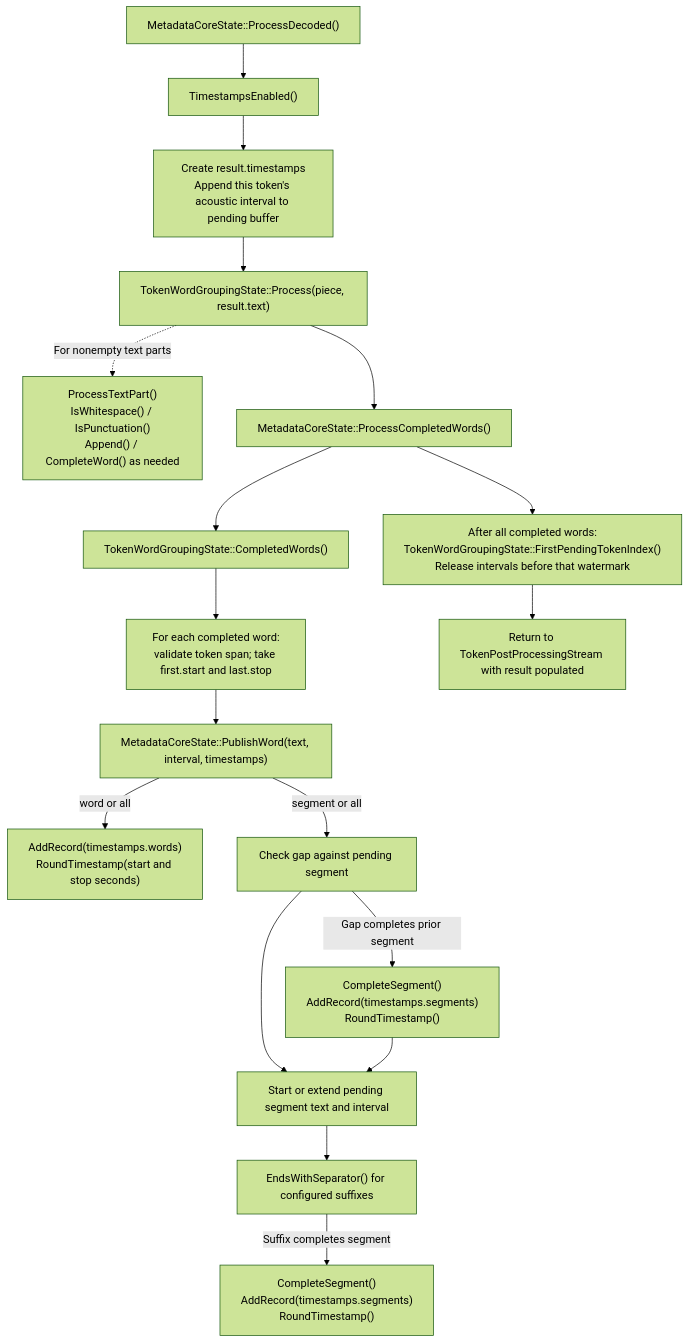
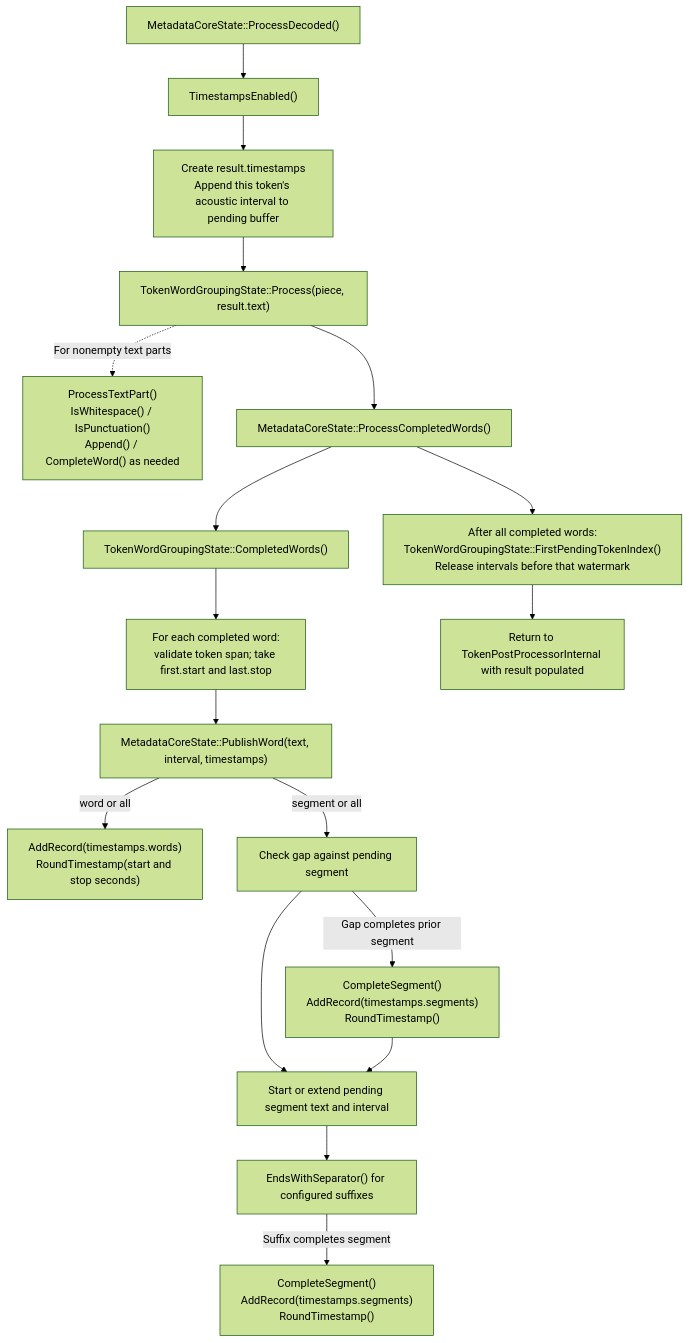
One commit to microsoft/onnxruntime-genai changed the first of 2 diagrams in docs/metadata_decode.md. Above: the diagram before and after it, drawn with Mermaid (forest theme). The commit also changed other lines of this file and 8 other files, not shown here.

Commit message:
Clarify internal token postprocessor and interval accessor names

````diff
--- a/docs/metadata_decode.md
+++ b/docs/metadata_decode.md
@@ -139,20 +139,20 @@
 ```mermaid
 flowchart TD
   decoded["MetadataCoreState::ProcessDecoded()"] --> enabled["TimestampsEnabled()"]
   enabled --> retain["Create result.timestamps<br/>Append this token's acoustic interval to pending buffer"]
   retain --> group["TokenWordGroupingState::Process(piece, result.text)"]
   group -.->|For nonempty text parts| parts["ProcessTextPart()<br/>IsWhitespace() / IsPunctuation()<br/>Append() / CompleteWord() as needed"]
   group --> completed["MetadataCoreState::ProcessCompletedWords()"]
   completed --> words["TokenWordGroupingState::CompletedWords()"]
   words --> align["For each completed word:<br/>validate token span; take first.start and last.stop"]
   align --> publish["MetadataCoreState::PublishWord(text, interval, timestamps)"]
   publish -->|word or all| word["AddRecord(timestamps.words)<br/>RoundTimestamp(start and stop seconds)"]
   publish -->|segment or all| gap["Check gap against pending segment"]
   gap -->|Gap completes prior segment| prior["CompleteSegment()<br/>AddRecord(timestamps.segments)<br/>RoundTimestamp()"]
   gap --> pending["Start or extend pending segment text and interval"]
   prior --> pending
   pending --> separator["EndsWithSeparator() for configured suffixes"]
   separator -->|Suffix completes segment| finish["CompleteSegment()<br/>AddRecord(timestamps.segments)<br/>RoundTimestamp()"]
   completed --> release["After all completed words:<br/>TokenWordGroupingState::FirstPendingTokenIndex()<br/>Release intervals before that watermark"]
-  release --> returned["Return to TokenPostProcessingStream with result populated"]
+  release --> returned["Return to TokenPostProcessorInternal with result populated"]
 ```
````
